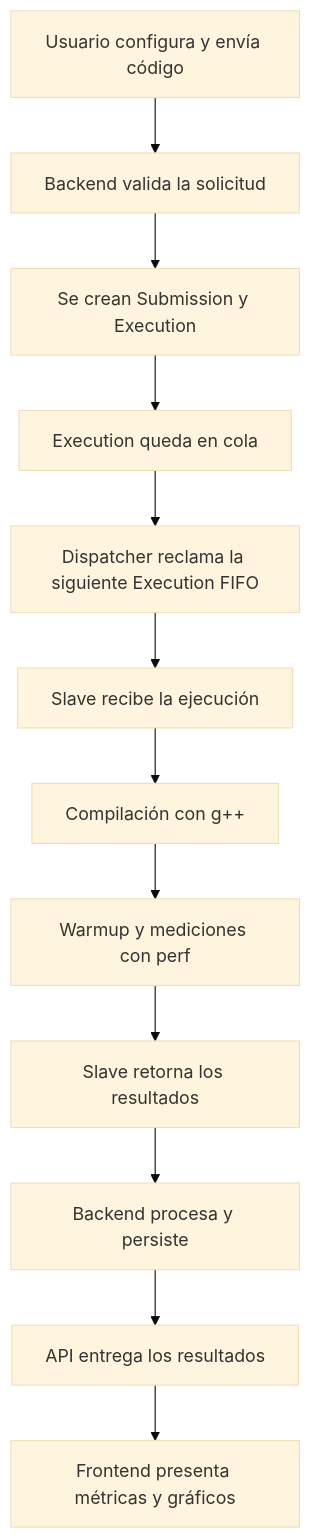
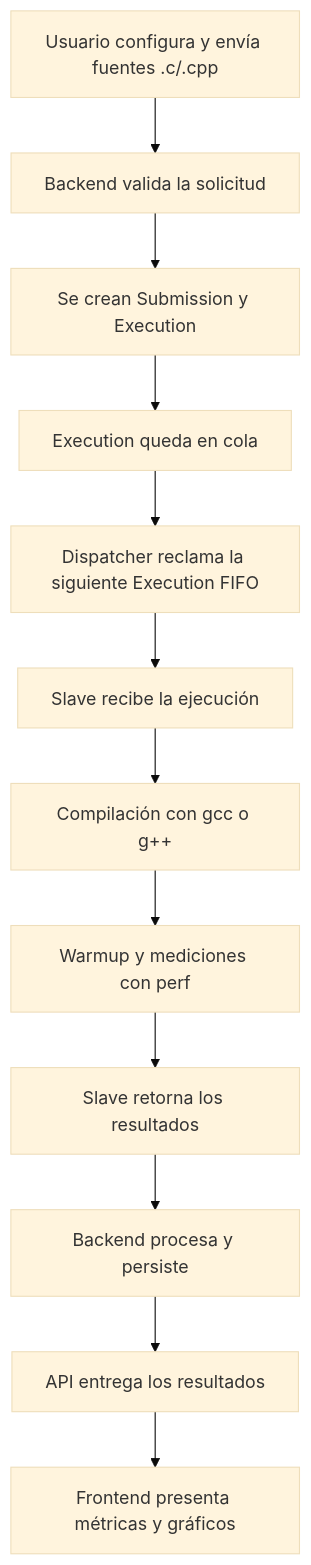
The second of 2 diagrams in README.md (algorithms-diicc/performance-system), drawn with Mermaid (base theme) before and after one commit. The commit also changed other lines of this file and 38 other files, not shown here.

````diff
--- a/README.md
+++ b/README.md
@@ -81,27 +81,27 @@
 ```mermaid
 flowchart TD
-    A["Usuario configura y envía código"]
+    A["Usuario configura y envía fuentes .c/.cpp"]
     B["Backend valida la solicitud"]
     C["Se crean Submission y Execution"]
     D["Execution queda en cola"]
     E["Dispatcher reclama la siguiente Execution FIFO"]
     F["Slave recibe la ejecución"]
-    G["Compilación con g++"]
+    G["Compilación con gcc o g++"]
     H["Warmup y mediciones con perf"]
     I["Slave retorna los resultados"]
     J["Backend procesa y persiste"]
     K["API entrega los resultados"]
     L["Frontend presenta métricas y gráficos"]
 
     A --> B
     B --> C
     C --> D
     D --> E
     E --> F
     F --> G
     G --> H
     H --> I
     I --> J
     J --> K
     K --> L
 ```
````
